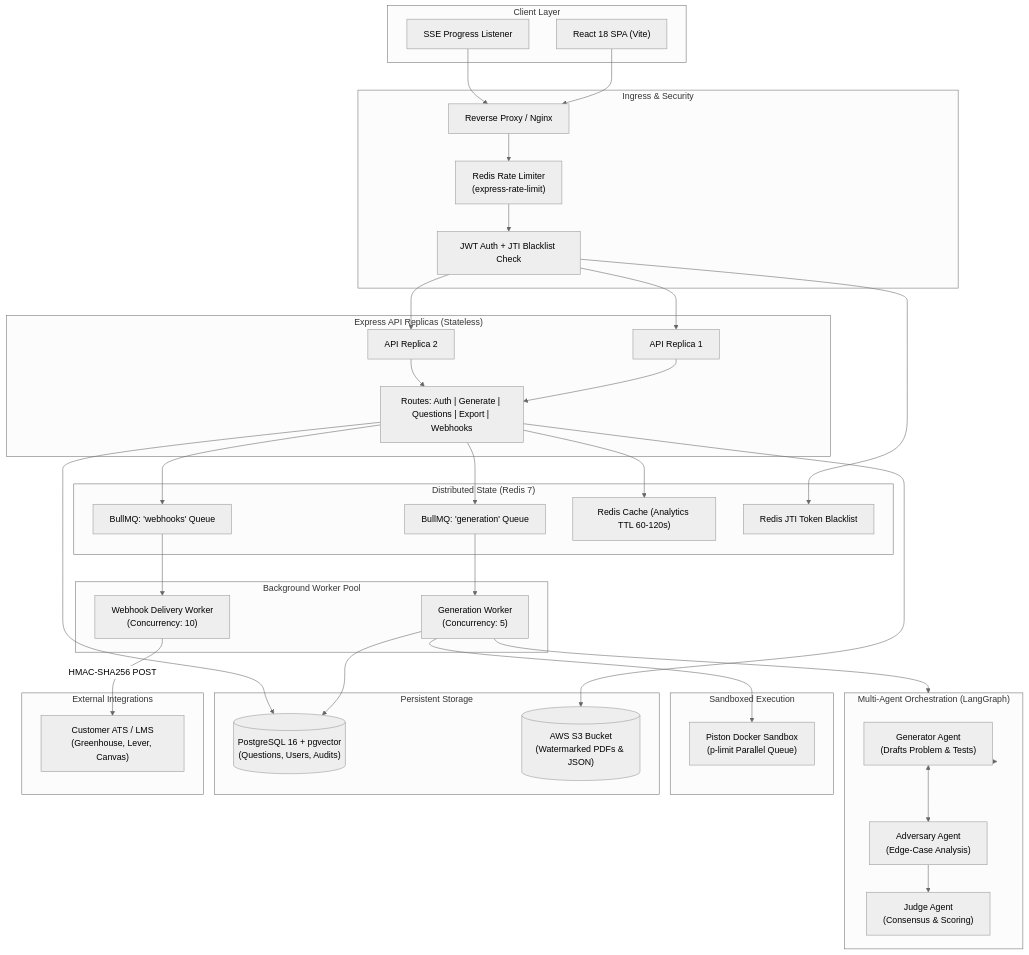
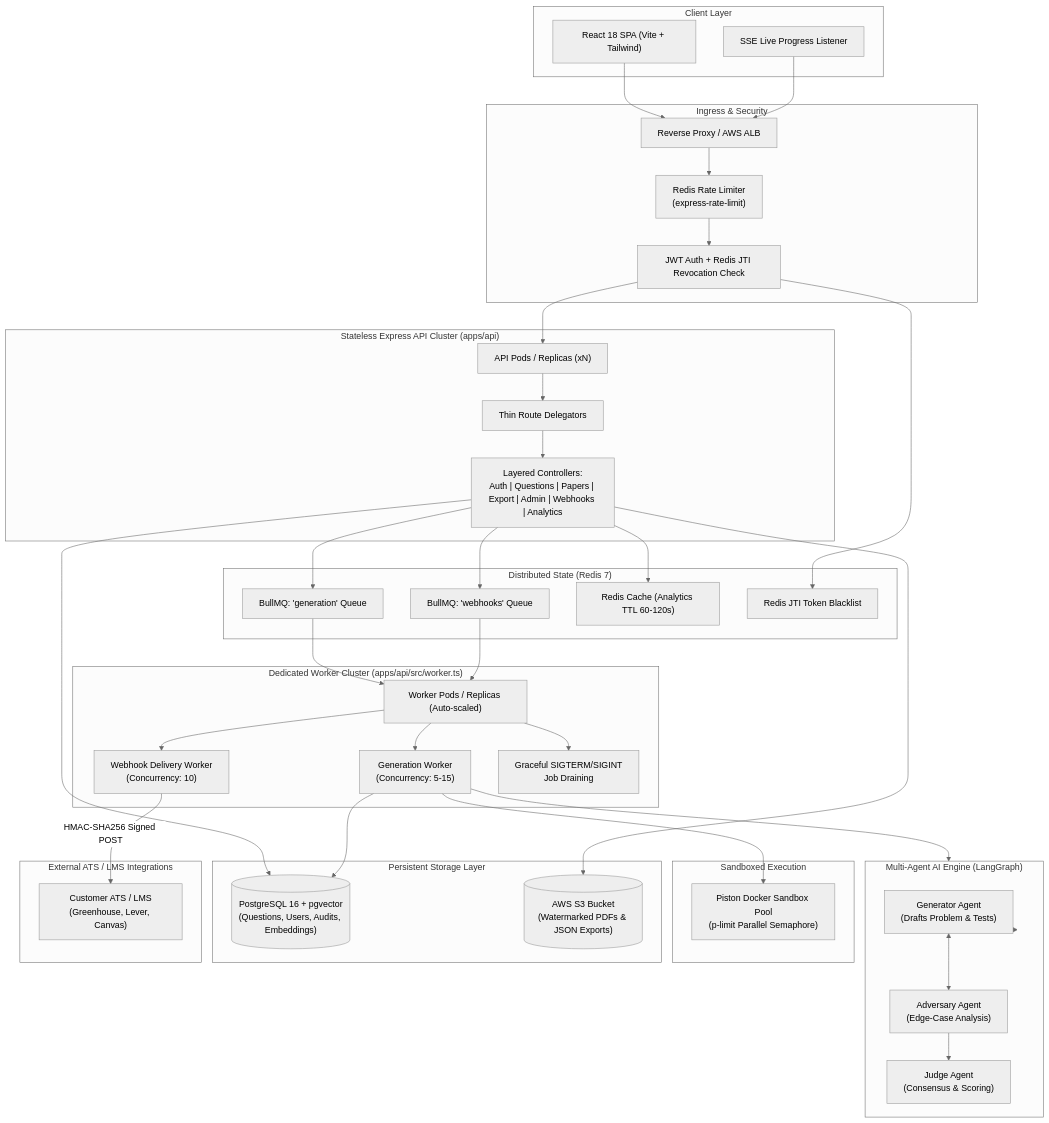
The first of 9 diagrams in README.md (yashsrivastava1408/QuestionForge), drawn with Mermaid (neutral theme) before and after one commit. The commit also changed other lines of this file and 164 other files, not shown here.

````diff
--- a/README.md
+++ b/README.md
@@ -90,73 +190,77 @@
 ```mermaid
 flowchart TD
     subgraph Clients ["Client Layer"]
-        SPA["React 18 SPA (Vite)"]
-        SSE_Stream["SSE Progress Listener"]
+        SPA["React 18 SPA (Vite + Tailwind)"]
+        SSE_Stream["SSE Live Progress Listener"]
     end
 
     subgraph Gateway ["Ingress & Security"]
-        Proxy["Reverse Proxy / Nginx"]
+        Proxy["Reverse Proxy / AWS ALB"]
         RL["Redis Rate Limiter\n(express-rate-limit)"]
-        AuthMid["JWT Auth + JTI Blacklist Check"]
+        AuthMid["JWT Auth + Redis JTI Revocation Check"]
     end
 
-    subgraph API_Cluster ["Express API Replicas (Stateless)"]
-        API_1["API Replica 1"]
-        API_2["API Replica 2"]
-        Routes["Routes: Auth | Generate | Questions | Export | Webhooks"]
+    subgraph API_Cluster ["Stateless Express API Cluster (apps/api)"]
+        API_Replicas["API Pods / Replicas (xN)"]
+        Router["Thin Route Delegators"]
+        Controllers["Layered Controllers:\nAuth | Questions | Papers | Export | Admin | Webhooks | Analytics"]
     end
 
-    subgraph Queue_State ["Distributed State (Redis 7)"]
+    subgraph Distributed_State ["Distributed State (Redis 7)"]
         Bull_Gen["BullMQ: 'generation' Queue"]
         Bull_Hook["BullMQ: 'webhooks' Queue"]
         Cache_Analytics["Redis Cache (Analytics TTL 60-120s)"]
         Blacklist["Redis JTI Token Blacklist"]
     end
 
-    subgraph Workers ["Background Worker Pool"]
-        Gen_Worker["Generation Worker\n(Concurrency: 5)"]
+    subgraph Worker_Cluster ["Dedicated Worker Cluster (apps/api/src/worker.ts)"]
+        Worker_Pods["Worker Pods / Replicas (Auto-scaled)"]
+        Gen_Worker["Generation Worker\n(Concurrency: 5-15)"]
         Hook_Worker["Webhook Delivery Worker\n(Concurrency: 10)"]
+        SigDrain["Graceful SIGTERM/SIGINT\nJob Draining"]
     end
 
-    subgraph AI_Engine ["Multi-Agent Orchestration (LangGraph)"]
+    subgraph AI_Engine ["Multi-Agent AI Engine (LangGraph)"]
         Generator["Generator Agent\n(Drafts Problem & Tests)"]
         Adversary["Adversary Agent\n(Edge-Case Analysis)"]
         Judge["Judge Agent\n(Consensus & Scoring)"]
     end
 
     subgraph Execution ["Sandboxed Execution"]
-        PistonPool["Piston Docker Sandbox\n(p-limit Parallel Queue)"]
+        PistonPool["Piston Docker Sandbox Pool\n(p-limit Parallel Semaphore)"]
     end
 
-    subgraph Storage ["Persistent Storage"]
-        Postgres[("PostgreSQL 16 + pgvector\n(Questions, Users, Audits)")]
-        S3[("AWS S3 Bucket\n(Watermarked PDFs & JSON)")]
+    subgraph Storage ["Persistent Storage Layer"]
+        Postgres[("PostgreSQL 16 + pgvector\n(Questions, Users, Audits, Embeddings)")]
+        S3[("AWS S3 Bucket\n(Watermarked PDFs & JSON Exports)")]
     end
 
-    subgraph External ["External Integrations"]
+    subgraph External ["External ATS / LMS Integrations"]
         LMS["Customer ATS / LMS\n(Greenhouse, Lever, Canvas)"]
     end
 
     SPA --> Proxy
     SSE_Stream --> Proxy
-    Proxy --> RL --> AuthMid --> API_1 & API_2
-    API_1 & API_2 --> Routes
+    Proxy --> RL --> AuthMid --> API_Replicas
+    API_Replicas --> Router --> Controllers
 
-    Routes --> Bull_Gen
-    Routes --> Bull_Hook
-    Routes --> Cache_Analytics
+    Controllers --> Bull_Gen
+    Controllers --> Bull_Hook
+    Controllers --> Cache_Analytics
+    Controllers --> Postgres
+    Controllers --> S3
     AuthMid --> Blacklist
 
-    Bull_Gen --> Gen_Worker
-    Bull_Hook --> Hook_Worker
+    Bull_Gen --> Worker_Pods
+    Bull_Hook --> Worker_Pods
+    Worker_Pods --> Gen_Worker & Hook_Worker
+    Worker_Pods --> SigDrain
 
     Gen_Worker --> AI_Engine
     AI_Engine --> Generator <--> Adversary
     Adversary --> Judge
     Gen_Worker --> PistonPool
     Gen_Worker --> Postgres
 
-    Hook_Worker -->|HMAC-SHA256 POST| LMS
-    Routes --> S3
-    Routes --> Postgres
+    Hook_Worker -->|HMAC-SHA256 Signed POST| LMS
 ```
````
